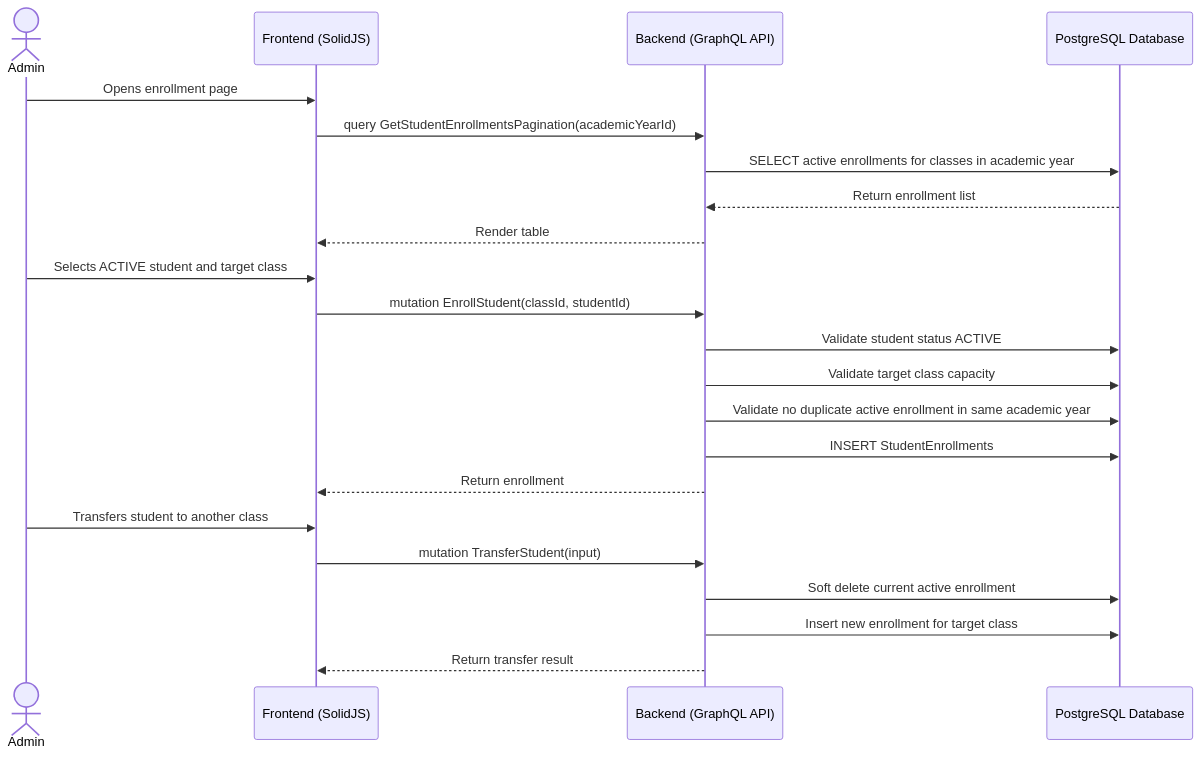
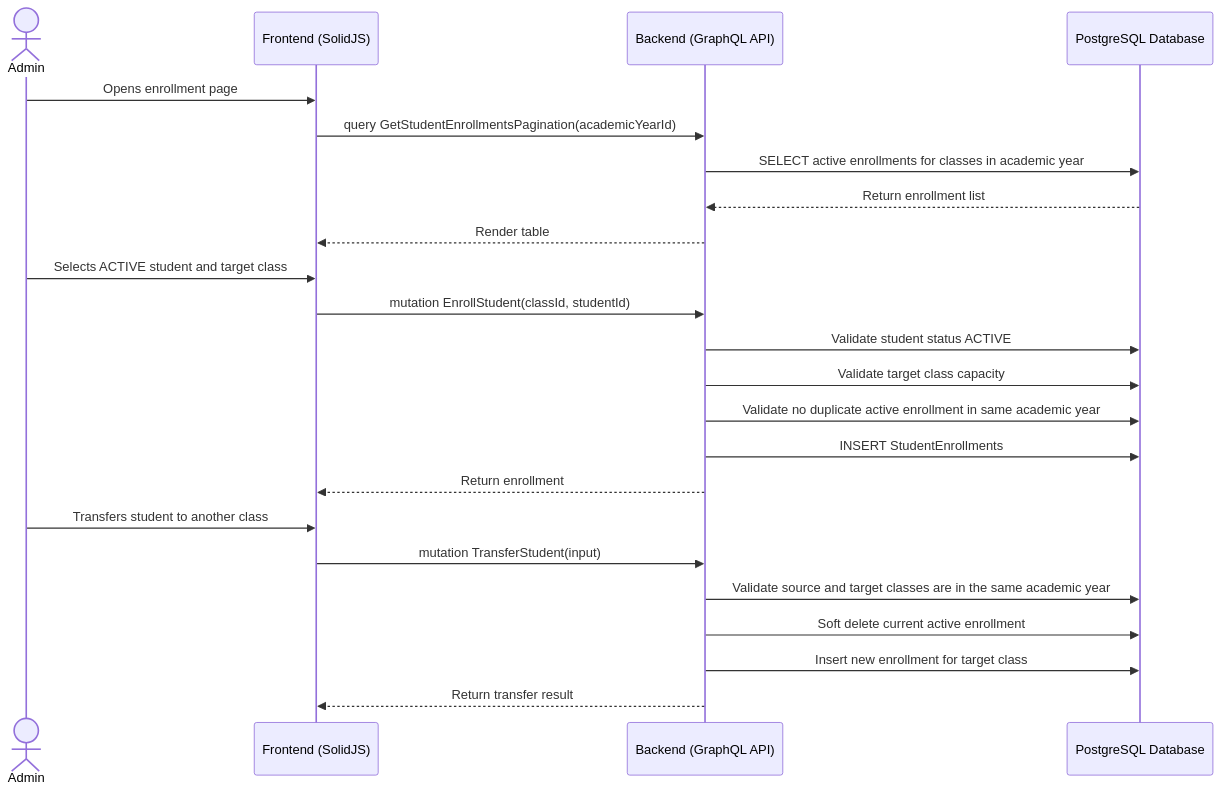
Before and after one commit to iftikharfadjar/docs-kindergarten-mgt: the diagram in docs/workflow/student-enrollment-and-transfer.md, drawn with Mermaid. The commit also changed other lines of this file and 34 other files, not shown here.

````diff
--- a/docs/workflow/student-enrollment-and-transfer.md
+++ b/docs/workflow/student-enrollment-and-transfer.md
@@ -32,27 +32,28 @@
 ```mermaid
 sequenceDiagram
     actor Admin
     participant Frontend as Frontend (SolidJS)
     participant API as Backend (GraphQL API)
     participant DB as PostgreSQL Database
 
     Admin->>Frontend: Opens enrollment page
     Frontend->>API: query GetStudentEnrollmentsPagination(academicYearId)
     API->>DB: SELECT active enrollments for classes in academic year
     DB-->>API: Return enrollment list
     API-->>Frontend: Render table
 
     Admin->>Frontend: Selects ACTIVE student and target class
     Frontend->>API: mutation EnrollStudent(classId, studentId)
     API->>DB: Validate student status ACTIVE
     API->>DB: Validate target class capacity
     API->>DB: Validate no duplicate active enrollment in same academic year
     API->>DB: INSERT StudentEnrollments
     API-->>Frontend: Return enrollment
 
     Admin->>Frontend: Transfers student to another class
     Frontend->>API: mutation TransferStudent(input)
+    API->>DB: Validate source and target classes are in the same academic year
     API->>DB: Soft delete current active enrollment
     API->>DB: Insert new enrollment for target class
     API-->>Frontend: Return transfer result
 ```
````
